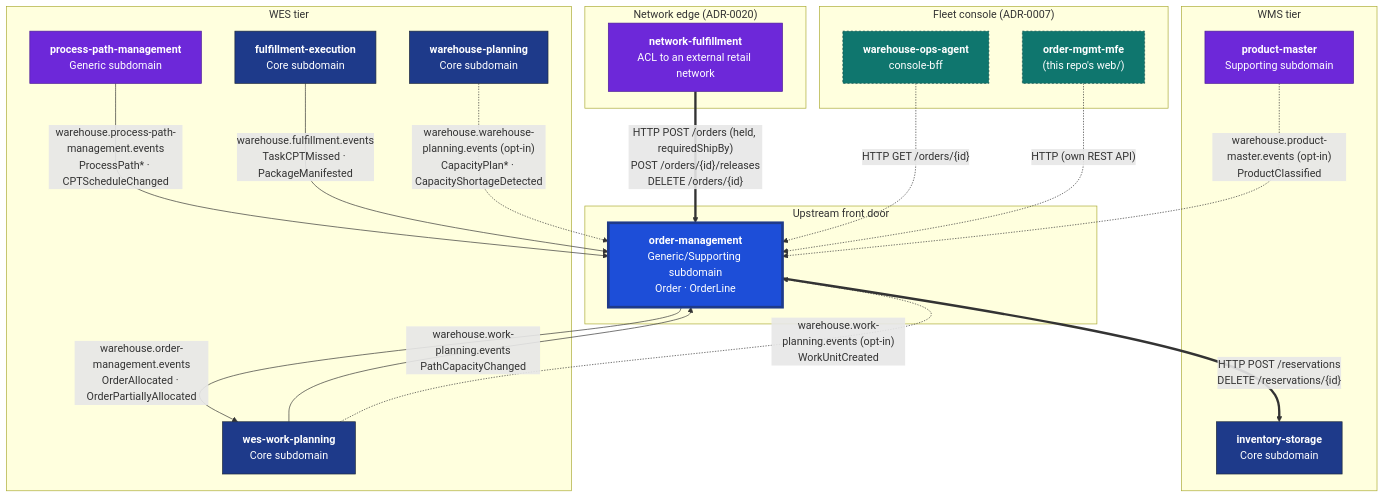
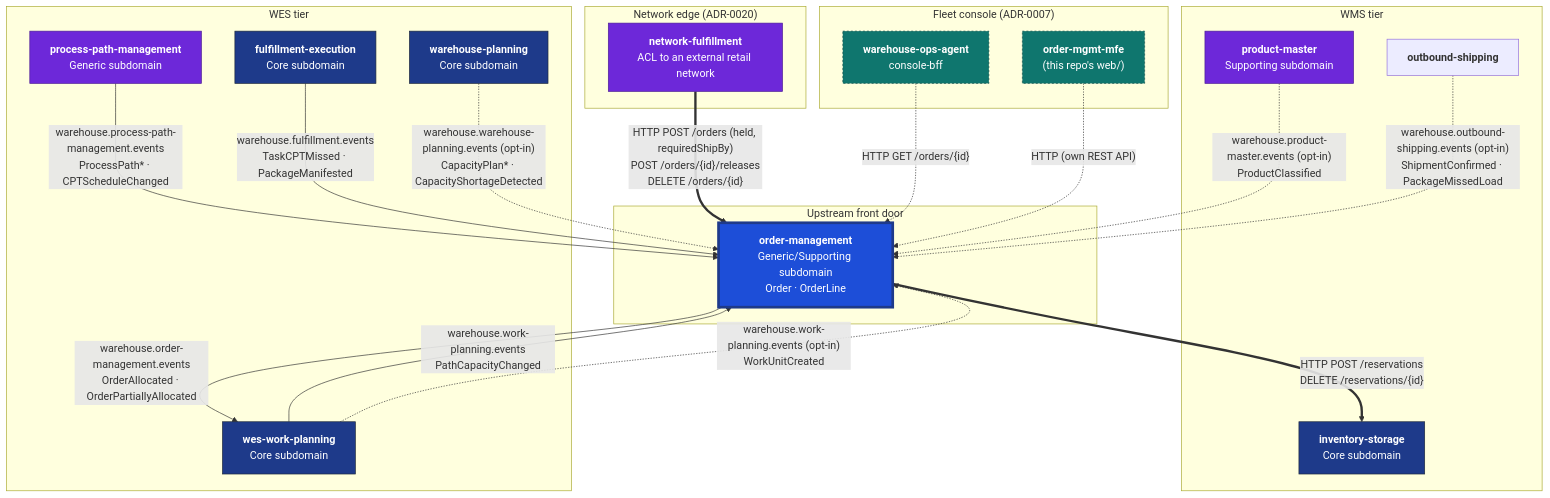
The first of 2 diagrams in docs/docs/ecosystem/context-map.md (IQVO/order-management), drawn with Mermaid before and after one commit. The commit also changed other lines of this file and 19 other files, not shown here.

Commit message:
docs: document the outbound-shipping consumer (ADR 0051), shipment_processed_events, ADR index

````diff
--- a/docs/docs/ecosystem/context-map.md
+++ b/docs/docs/ecosystem/context-map.md
@@ -18,44 +18,46 @@
 ```mermaid
 flowchart TB
     subgraph EXT["Network edge (ADR-0020)"]
         NF["<b>network-fulfillment</b><br/>ACL to an external retail network"]
     end
     subgraph NEW["Upstream front door"]
         OM["<b>order-management</b><br/>Generic/Supporting subdomain<br/>Order · OrderLine"]
     end
     subgraph WMS["WMS tier"]
         INV["<b>inventory-storage</b><br/>Core subdomain"]
         PM["<b>product-master</b><br/>Supporting subdomain"]
+        OS["<b>outbound-shipping</b>"]
     end
     subgraph WES["WES tier"]
         PPM["<b>process-path-management</b><br/>Generic subdomain"]
         WP["<b>wes-work-planning</b><br/>Core subdomain"]
         FE["<b>fulfillment-execution</b><br/>Core subdomain"]
         WPL["<b>warehouse-planning</b><br/>Core subdomain"]
     end
     subgraph CONSOLE["Fleet console (ADR-0007)"]
         BFF["<b>warehouse-ops-agent</b><br/>console-bff"]
         MFE["<b>order-mgmt-mfe</b><br/>(this repo's web/)"]
     end
 
     NF ==>|"HTTP POST /orders (held, requiredShipBy)<br/>POST /orders/{id}/releases<br/>DELETE /orders/{id}"| OM
     OM ==>|"HTTP POST /reservations<br/>DELETE /reservations/{id}"| INV
     PM -.->|"warehouse.product-master.events (opt-in)<br/>ProductClassified"| OM
     OM -->|"warehouse.order-management.events<br/>OrderAllocated · OrderPartiallyAllocated"| WP
     PPM -->|"warehouse.process-path-management.events<br/>ProcessPath* · CPTScheduleChanged"| OM
     WP -->|"warehouse.work-planning.events<br/>PathCapacityChanged"| OM
     WP -.->|"warehouse.work-planning.events (opt-in)<br/>WorkUnitCreated"| OM
     FE -->|"warehouse.fulfillment.events<br/>TaskCPTMissed · PackageManifested"| OM
+    OS -.->|"warehouse.outbound-shipping.events (opt-in)<br/>ShipmentConfirmed · PackageMissedLoad"| OM
     WPL -.->|"warehouse.warehouse-planning.events (opt-in)<br/>CapacityPlan* · CapacityShortageDetected"| OM
     BFF -.->|"HTTP GET /orders/{id}"| OM
     MFE -.->|"HTTP (own REST API)"| OM
 
     classDef this fill:#1d4ed8,stroke:#1e3a8a,color:#fff,stroke-width:4px;
     classDef core fill:#1e3a8a,stroke:#1e293b,color:#fff;
     classDef supp fill:#6d28d9,stroke:#4c1d95,color:#fff;
     classDef console fill:#0f766e,stroke:#134e4a,color:#fff,stroke-dasharray: 3 3;
     class OM this;
     class INV,WP,FE,WPL core;
     class PPM,NF,PM supp;
     class BFF,MFE console;
 ```
````
